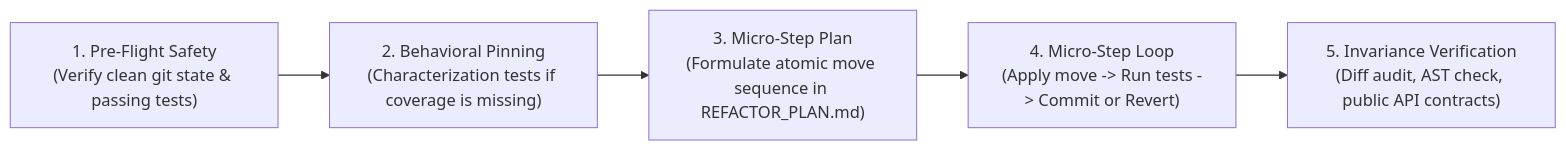
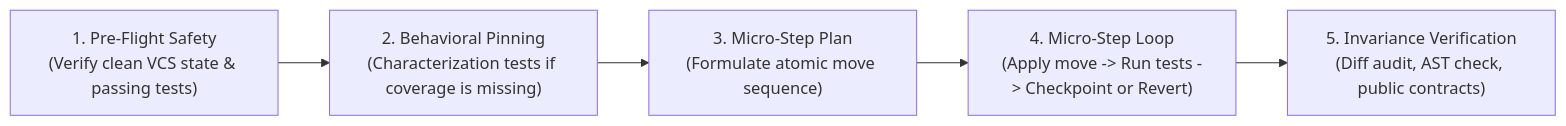
Before and after one commit to gowtham2thrive/agent-grimoire: the diagram in .agents/skills/refactoring/SKILL.md, drawn with Mermaid. The commit also changed other lines of this file and 31 other files, not shown here.

````diff
--- a/.agents/skills/refactoring/SKILL.md
+++ b/.agents/skills/refactoring/SKILL.md
@@ -22,7 +24,7 @@
 ```mermaid
 flowchart LR
-    P1["1. Pre-Flight Safety<br/>(Verify clean git state & passing tests)"] --> P2["2. Behavioral Pinning<br/>(Characterization tests if coverage is missing)"]
-    P2 --> P3["3. Micro-Step Plan<br/>(Formulate atomic move sequence in REFACTOR_PLAN.md)"]
-    P3 --> P4["4. Micro-Step Loop<br/>(Apply move -> Run tests -> Commit or Revert)"]
-    P4 --> P5["5. Invariance Verification<br/>(Diff audit, AST check, public API contracts)"]
+    P1["1. Pre-Flight Safety<br/>(Verify clean VCS state & passing tests)"] --> P2["2. Behavioral Pinning<br/>(Characterization tests if coverage is missing)"]
+    P2 --> P3["3. Micro-Step Plan<br/>(Formulate atomic move sequence)"]
+    P3 --> P4["4. Micro-Step Loop<br/>(Apply move -> Run tests -> Checkpoint or Revert)"]
+    P4 --> P5["5. Invariance Verification<br/>(Diff audit, AST check, public contracts)"]
 ```
````
